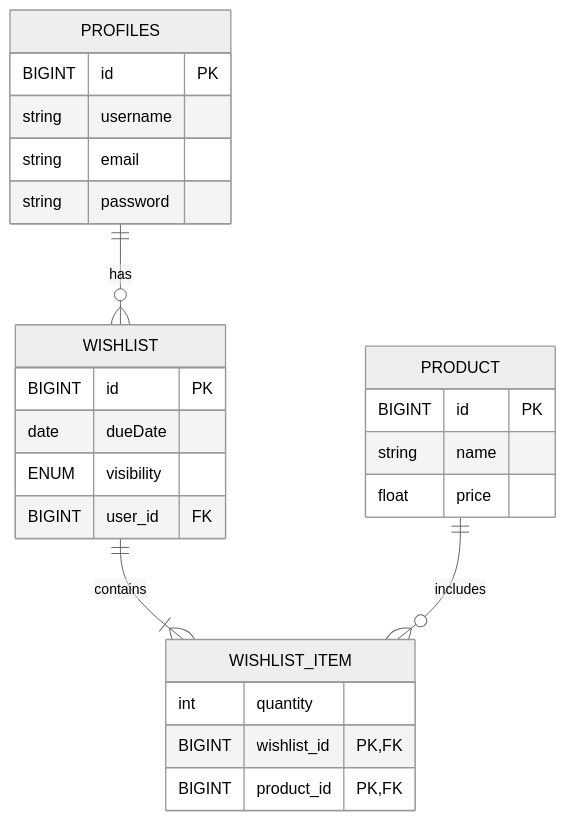
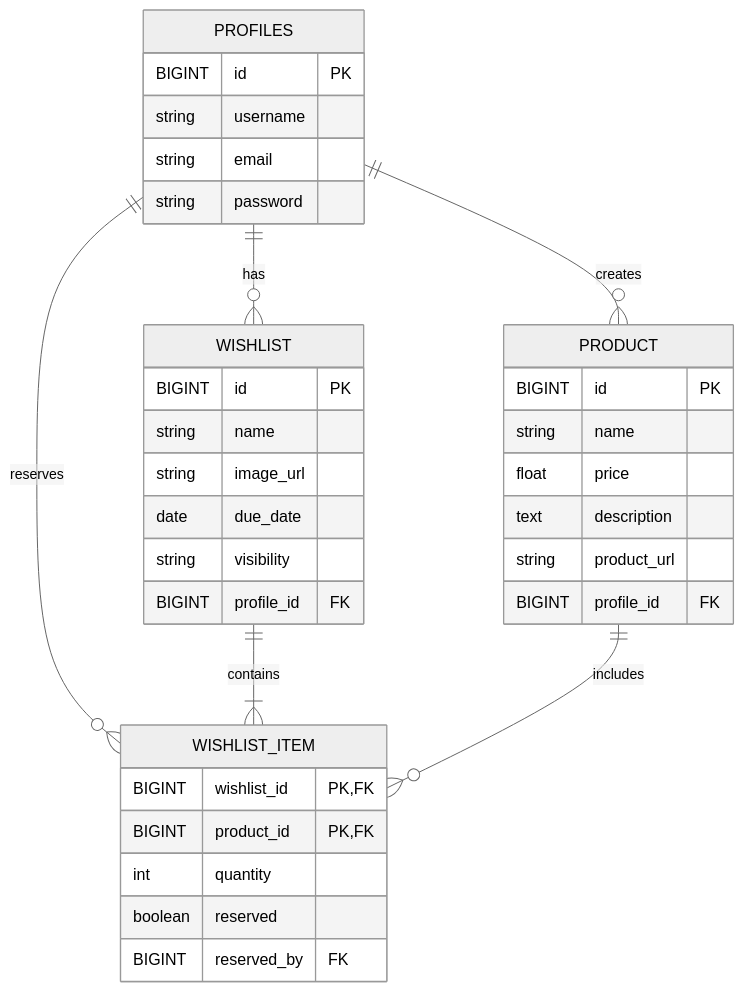
The diagram in docs/ER-diagram.md (Kodebutikken/Wishlist), drawn with Mermaid (neutral theme) before and after one commit.

Commit message:
Update ER diagram with new fields and relationships

````diff
--- a/docs/ER-diagram.md
+++ b/docs/ER-diagram.md
@@ -1,28 +1,38 @@
 ```mermaid
 erDiagram
     PROFILES ||--o{ WISHLIST : has
+    PROFILES ||--o{ PRODUCT : creates
+    PROFILES ||--o{ WISHLIST_ITEM : reserves
     WISHLIST ||--|{ WISHLIST_ITEM : contains
     PRODUCT ||--o{ WISHLIST_ITEM : includes
+
     PROFILES {
         BIGINT id PK
         string username
         string email
         string password
     }
     WISHLIST {
         BIGINT id PK
-        date dueDate
-        ENUM visibility
-        BIGINT user_id FK
+        string name
+        string image_url
+        date due_date
+        string visibility
+        BIGINT profile_id FK
     }
     PRODUCT {
         BIGINT id PK
         string name
         float price
+        text description
+        string product_url
+        BIGINT profile_id FK
     }
     WISHLIST_ITEM {
-        int quantity
         BIGINT wishlist_id PK,FK
         BIGINT product_id PK,FK
+        int quantity
+        boolean reserved
+        BIGINT reserved_by FK
     }
 ```
````
